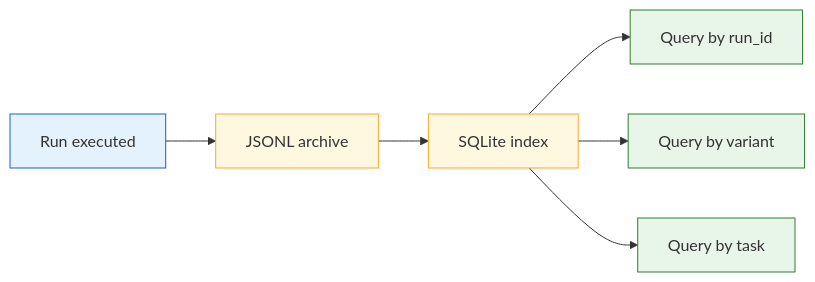
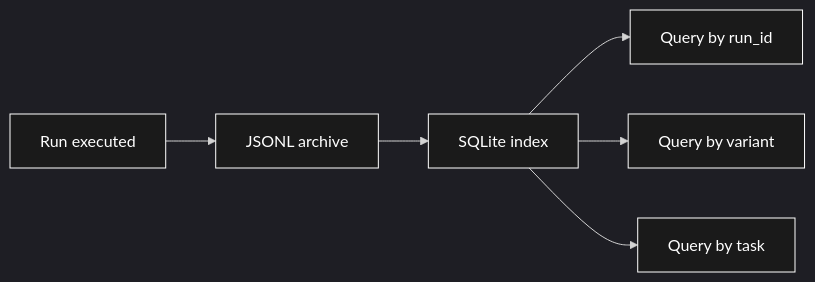
One commit to Mehul-bisht-0/Driftbench--AI-regression-testing-harness changed diagram 11 of 11 in README.md. Above: the diagram before and after it, drawn with Mermaid. The commit also changed other lines of this file, not shown here.

````diff
--- a/README.md
+++ b/README.md
@@ -642,15 +652,16 @@
 ```mermaid
+%%{init: {"theme": "dark"}}%%
 flowchart LR
     A["Run executed"] --> B["JSONL archive"]
     B --> C["SQLite index"]
     C --> D["Query by run_id"]
     C --> E["Query by variant"]
     C --> F["Query by task"]
 
-    style A fill:#e3f2fd,stroke:#1565c0
-    style B fill:#fff8e1,stroke:#f9a825
-    style C fill:#fff8e1,stroke:#f9a825
-    style D fill:#e8f5e9,stroke:#2e7d32
-    style E fill:#e8f5e9,stroke:#2e7d32
-    style F fill:#e8f5e9,stroke:#2e7d32
+    style A fill:#1a1a1a,stroke:#ffffff,color:#ffffff
+    style B fill:#1a1a1a,stroke:#ffffff,color:#ffffff
+    style C fill:#1a1a1a,stroke:#ffffff,color:#ffffff
+    style D fill:#1a1a1a,stroke:#ffffff,color:#ffffff
+    style E fill:#1a1a1a,stroke:#ffffff,color:#ffffff
+    style F fill:#1a1a1a,stroke:#ffffff,color:#ffffff
 ```
````
